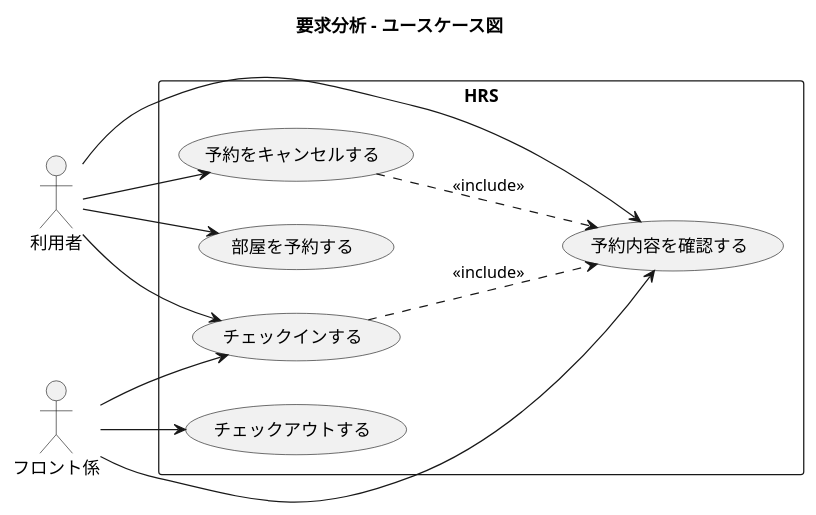
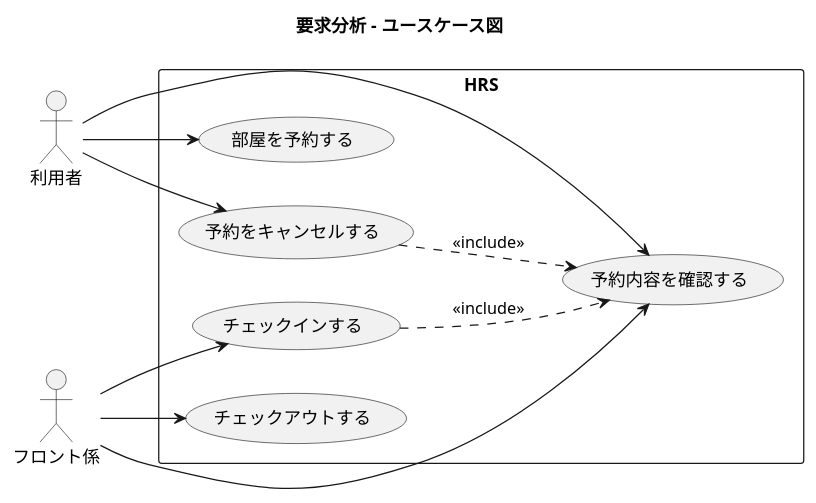
The diagram in docs/uml/03_usecase_diagram.puml (doguto/waseda-hrs), drawn with PlantUML before and after one commit. The commit also changed 3 other files, not shown here.

First line of the commit message:
docs(uml): UC2・UC3のアクタを「システムを操作する者」に統一

```diff
--- a/docs/uml/03_usecase_diagram.puml
+++ b/docs/uml/03_usecase_diagram.puml
@@ -1,30 +1,32 @@
 @startuml usecase_diagram
 title 要求分析 - ユースケース図
 
 left to right direction
 
 actor "利用者" as Guest
 actor "フロント係" as Staff
 
 rectangle HRS {
   usecase "部屋を予約する" as UC1
   usecase "予約内容を確認する" as UC4
   usecase "予約をキャンセルする" as UC5
   usecase "チェックインする" as UC2
   usecase "チェックアウトする" as UC3
 }
 
 Guest --> UC1
 Guest --> UC4
 Guest --> UC5
-Guest --> UC2
+' UC2・UC3で利用者は窓口で対応を受けるだけでシステムを操作しないため、
+' アクタとして関連づけない(コラボレーション図08b・08cのアクタと揃える)。
+' 利用者の対面での振る舞いはアクティビティ図(06・07)のスイムレーンで表す。
 Staff --> UC2
 Staff --> UC3
 ' フロント係はUC2からのinclude経由だけでなく、窓口での問い合わせ対応として
 ' UC4を単独でも起動する。UC4の記述(04)・コラボレーション図(08d)のアクタと揃える。
 Staff --> UC4
 
 UC5 ..> UC4 : <<include>>
 UC2 ..> UC4 : <<include>>
 
 @enduml
```
